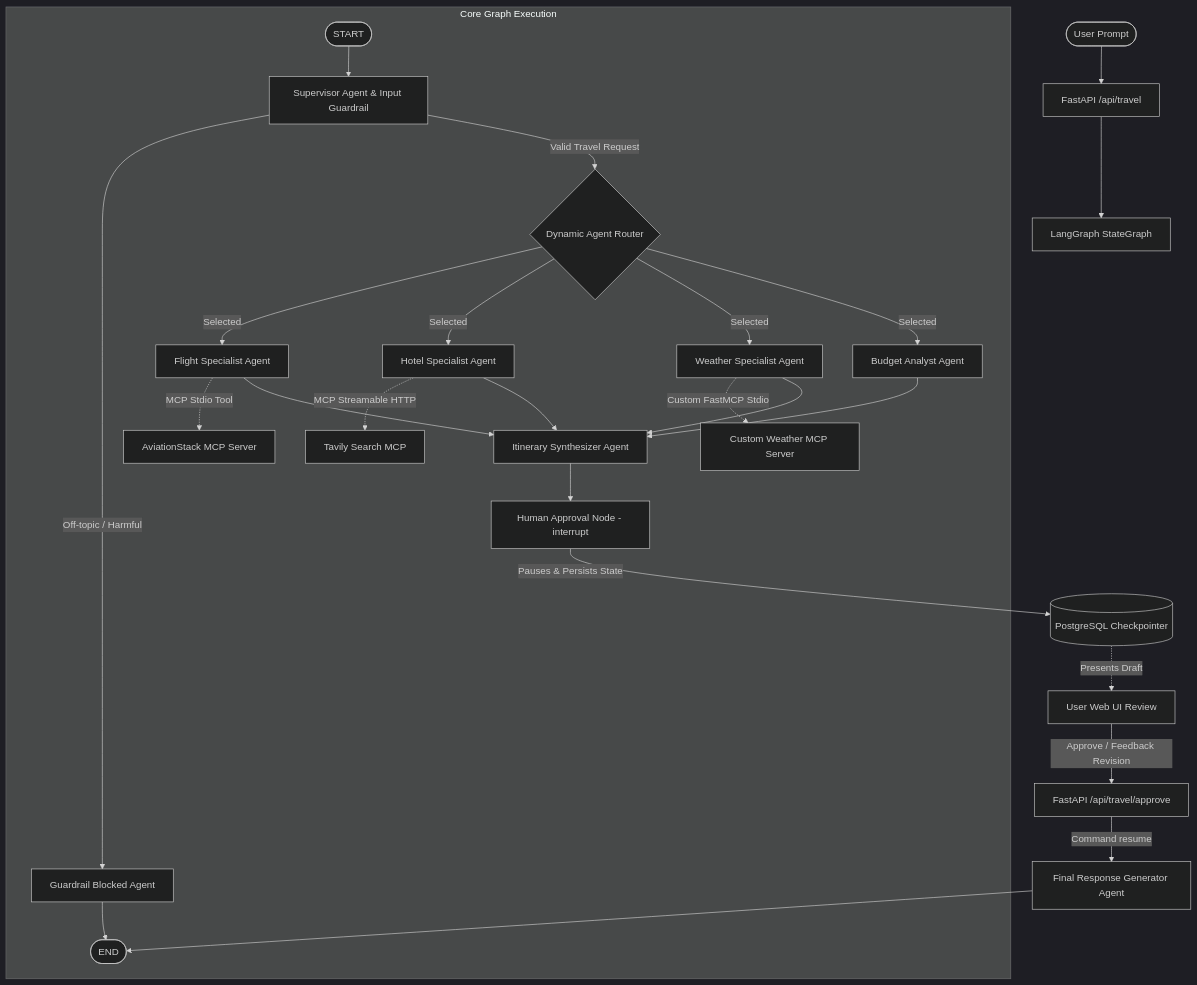
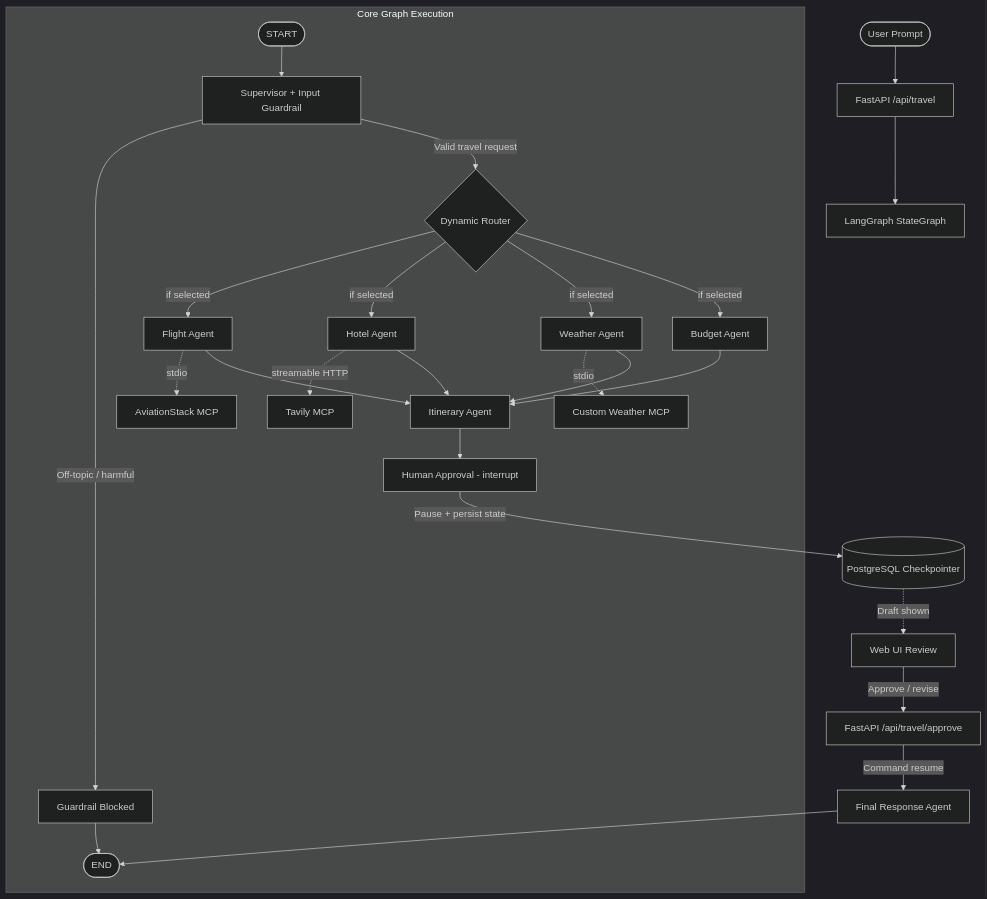
Before and after one commit to datawithshoaib/datawithshoaib.github.io: the diagram in src/content/portfolio/AI/AI - TripMateAI.md, drawn with Mermaid (dark theme). The commit also changed other lines of this file and 4 other files, not shown here.

````diff
--- a/src/content/portfolio/AI/AI - TripMateAI.md
+++ b/src/content/portfolio/AI/AI - TripMateAI.md
@@ -49,37 +48,37 @@
 ```mermaid
 flowchart TD
     User([User Prompt]) --> API[FastAPI /api/travel]
     API --> Graph[LangGraph StateGraph]
-    
+
     subgraph Core Graph Execution
-        START([START]) --> Supervisor[Supervisor Agent & Input Guardrail]
-        
-        Supervisor -->|Off-topic / Harmful| GuardrailBlocked[Guardrail Blocked Agent]
-        GuardrailBlocked --> END_NODE([END])
-        
-        Supervisor -->|Valid Travel Request| DynamicRouter{Dynamic Agent Router}
-        
-        DynamicRouter -->|Selected| Flight[Flight Specialist Agent]
-        DynamicRouter -->|Selected| Hotel[Hotel Specialist Agent]
-        DynamicRouter -->|Selected| Weather[Weather Specialist Agent]
-        DynamicRouter -->|Selected| Budget[Budget Analyst Agent]
-        
-        Flight -.->|MCP Stdio Tool| AviationMCP[AviationStack MCP Server]
-        Hotel -.->|MCP Streamable HTTP| TavilyMCP[Tavily Search MCP]
-        Weather -.->|Custom FastMCP Stdio| WeatherMCP[Custom Weather MCP Server]
-        
-        Flight --> Itinerary[Itinerary Synthesizer Agent]
+        START([START]) --> Supervisor[Supervisor + Input Guardrail]
+
+        Supervisor -->|Off-topic / harmful| Blocked[Guardrail Blocked]
+        Blocked --> END_NODE([END])
+
+        Supervisor -->|Valid travel request| Router{Dynamic Router}
+
+        Router -->|if selected| Flight[Flight Agent]
+        Router -->|if selected| Hotel[Hotel Agent]
+        Router -->|if selected| Weather[Weather Agent]
+        Router -->|if selected| Budget[Budget Agent]
+
+        Flight -.->|stdio| AviationMCP[AviationStack MCP]
+        Hotel -.->|streamable HTTP| TavilyMCP[Tavily MCP]
+        Weather -.->|stdio| WeatherMCP[Custom Weather MCP]
+
+        Flight --> Itinerary[Itinerary Agent]
         Hotel --> Itinerary
         Weather --> Itinerary
         Budget --> Itinerary
-        
-        Itinerary --> HITL[Human Approval Node - interrupt]
+
+        Itinerary --> HITL[Human Approval - interrupt]
     end
 
-    HITL -->|Pauses & Persists State| DB[(PostgreSQL Checkpointer)]
-    DB -.->|Presents Draft| WebUI[User Web UI Review]
-    
-    WebUI -->|Approve / Feedback Revision| ResumeAPI[FastAPI /api/travel/approve]
-    ResumeAPI -->|Command resume| FinalAgent[Final Response Generator Agent]
-    FinalAgent --> END_NODE
+    HITL -->|Pause + persist state| DB[(PostgreSQL Checkpointer)]
+    DB -.->|Draft shown| WebUI[Web UI Review]
+
+    WebUI -->|Approve / revise| ResumeAPI[FastAPI /api/travel/approve]
+    ResumeAPI -->|Command resume| Final[Final Response Agent]
+    Final --> END_NODE
 ```
````
